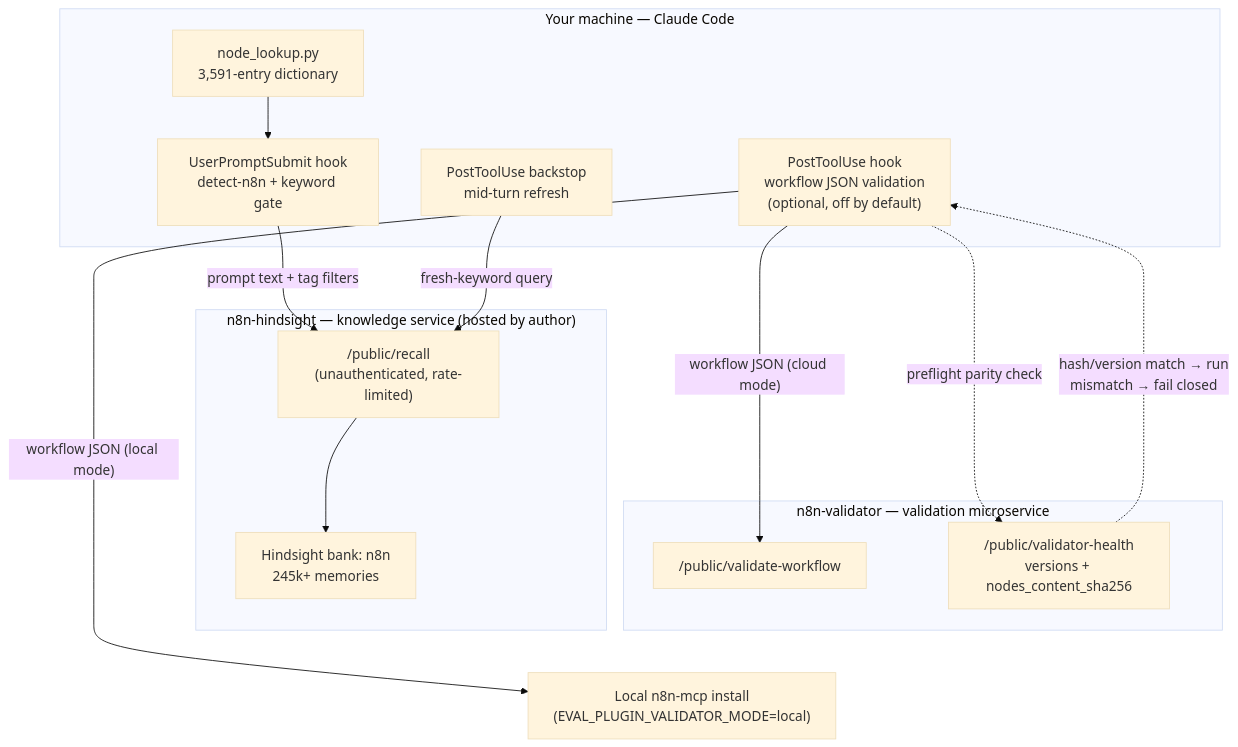
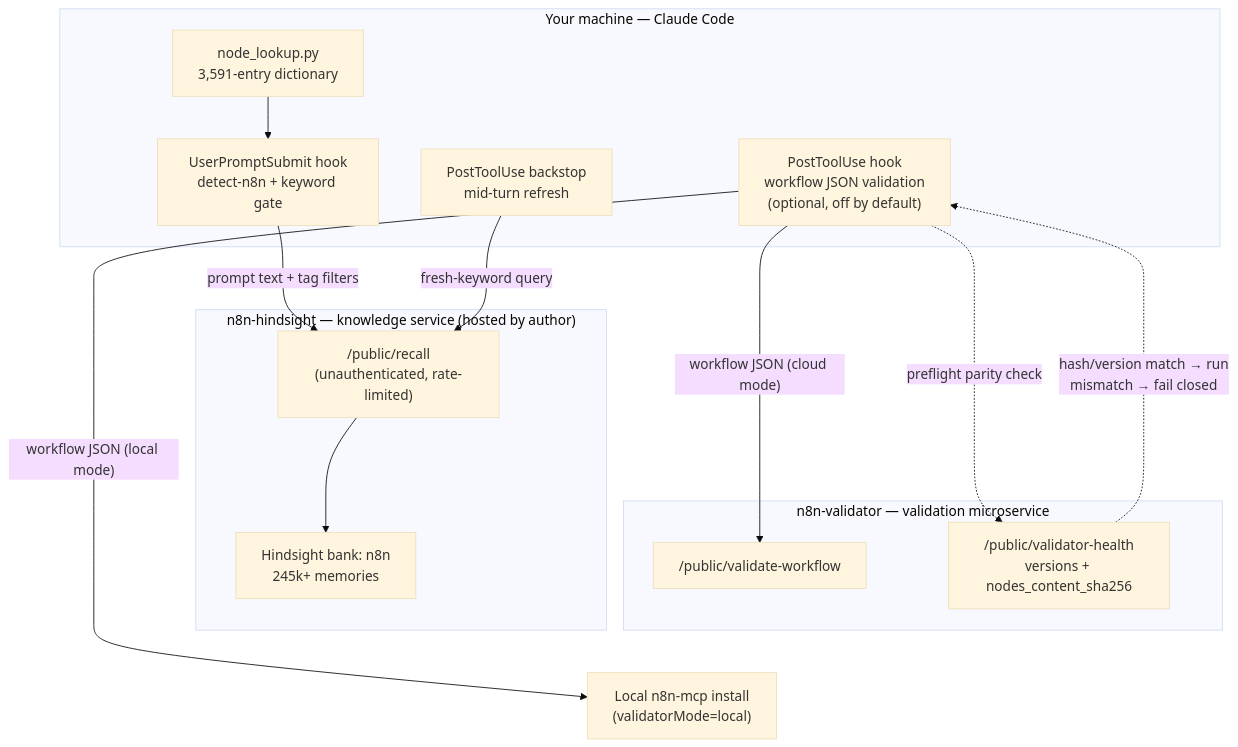
The diagram in README.md (dbenn8/n8n-knowledge), drawn with Mermaid (base theme) before and after one commit. The commit also changed other lines of this file and 5 other files, not shown here.

````diff
--- a/README.md
+++ b/README.md
@@ -66,37 +66,37 @@
 ```mermaid
 flowchart TD
     subgraph local["Your machine — Claude Code"]
         UP["UserPromptSubmit hook<br/>detect-n8n + keyword gate"]
         NL["node_lookup.py<br/>3,591-entry dictionary"]
         PT["PostToolUse hook<br/>workflow JSON validation<br/>(optional, off by default)"]
         BS["PostToolUse backstop<br/>mid-turn refresh"]
     end
 
     subgraph svc["n8n-hindsight — knowledge service (hosted by author)"]
         REC["/public/recall<br/>(unauthenticated, rate-limited)"]
         BANK["Hindsight bank: n8n<br/>245k+ memories"]
     end
 
     subgraph val["n8n-validator — validation microservice"]
         VW["/public/validate-workflow"]
         VH["/public/validator-health<br/>versions + nodes_content_sha256"]
     end
 
-    LOCALV["Local n8n-mcp install<br/>(EVAL_PLUGIN_VALIDATOR_MODE=local)"]
+    LOCALV["Local n8n-mcp install<br/>(validatorMode=local)"]
 
     UP -->|"prompt text + tag filters"| REC
     NL --> UP
     BS -->|"fresh-keyword query"| REC
     REC --> BANK
     PT -->|"workflow JSON (cloud mode)"| VW
     PT -->|"workflow JSON (local mode)"| LOCALV
     PT -.->|"preflight parity check"| VH
     VH -.->|"hash/version match → run<br/>mismatch → fail closed"| PT
 
     %% Layout only: force the three sections to stack vertically (top → bottom)
     %% instead of an L-shape, so nothing sits in the bottom-right corner where
     %% GitHub's diagram zoom/pan controls render and would otherwise cover it.
     local ~~~ svc
     svc ~~~ val
     val ~~~ LOCALV
 ```
````
